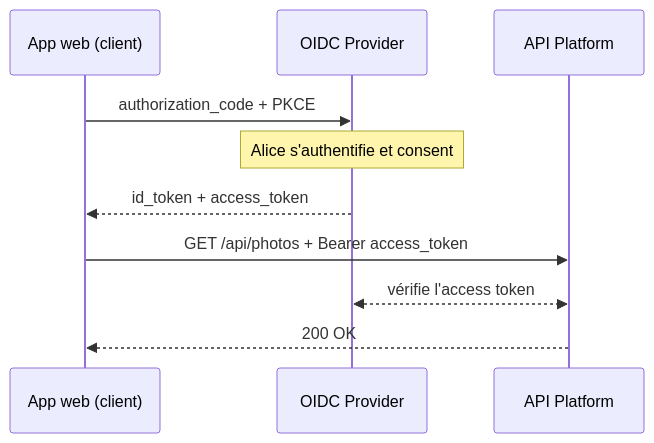
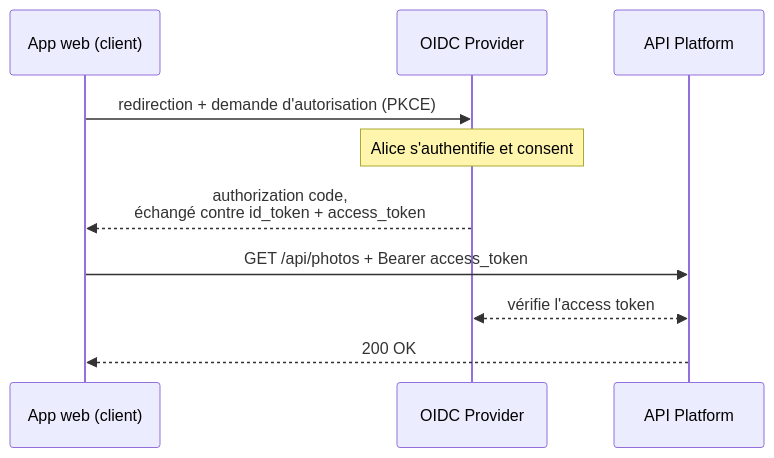
The diagram in pages/authentication/definition.md (welcoMattic/api-secured-the-modern-way), drawn with Mermaid before and after one commit. The commit also changed 6 other files, not shown here.

````diff
--- a/pages/authentication/definition.md
+++ b/pages/authentication/definition.md
@@ -34,13 +34,13 @@
 ```mermaid
 sequenceDiagram
     participant C as App web (client)
     participant P as OIDC Provider
     participant A as API Platform
 
-    C->>P: authorization_code + PKCE
+    C->>P: redirection + demande d'autorisation (PKCE)
     Note over P: Alice s'authentifie et consent
-    P-->>C: id_token + access_token
+    P-->>C: authorization code,<br/>échangé contre id_token + access_token
     C->>A: GET /api/photos + Bearer access_token
     A<<-->>P: vérifie l'access token
     A-->>C: 200 OK
 ```
````
